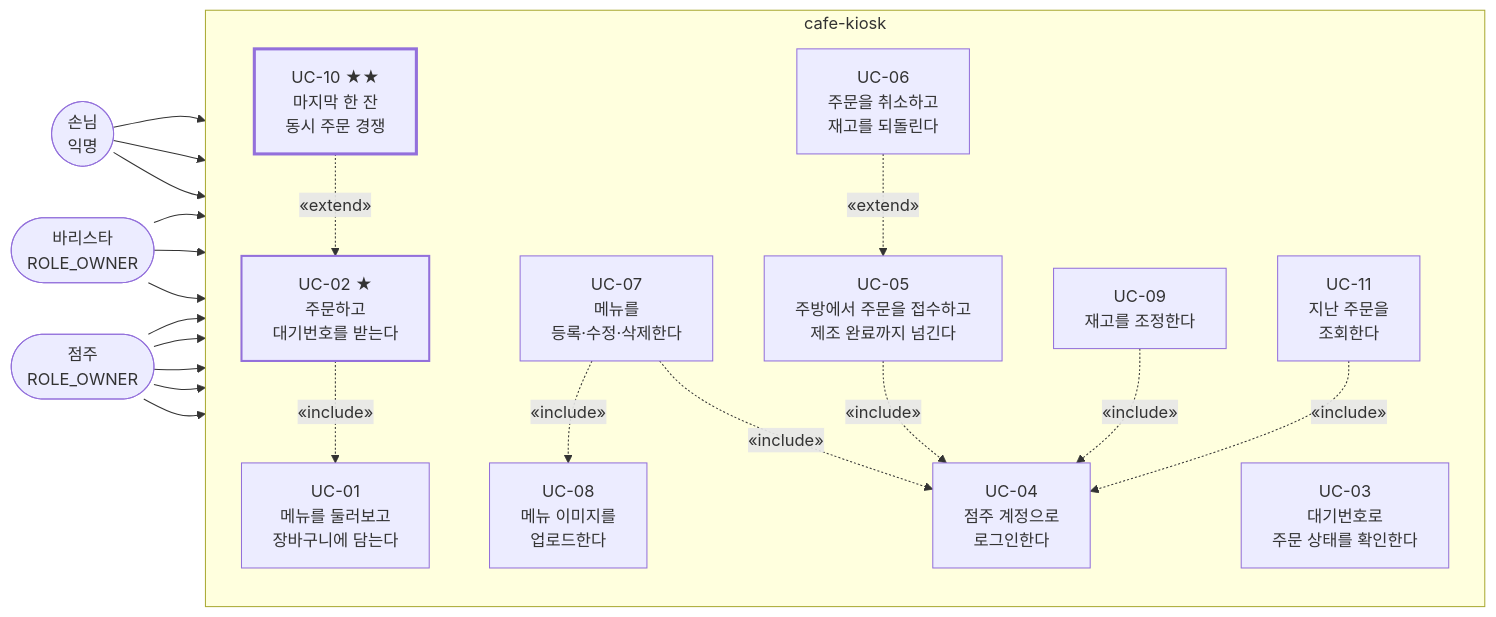
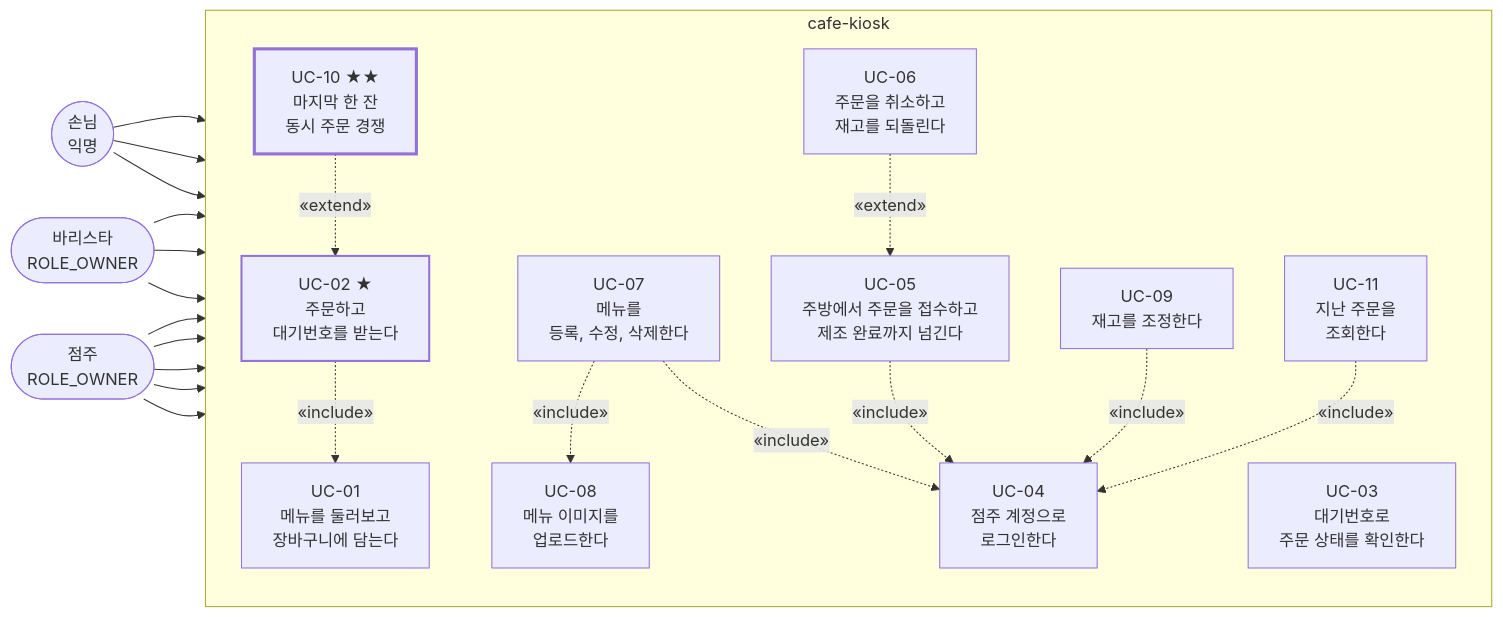
One commit to hhyukk/cafe-kiosk changed the first of 4 diagrams in docs/USECASES.md. Above: the diagram before and after it, drawn with Mermaid. The commit also changed other lines of this file and 12 other files, not shown here.

````diff
--- a/docs/USECASES.md
+++ b/docs/USECASES.md
@@ -63,49 +63,49 @@
 ```mermaid
 flowchart LR
     GUEST(["손님<br/>익명"])
     BARISTA(["바리스타<br/>ROLE_OWNER"])
     OWNER(["점주<br/>ROLE_OWNER"])
 
     subgraph SYS["cafe-kiosk"]
         direction TB
         UC01["UC-01<br/>메뉴를 둘러보고<br/>장바구니에 담는다"]
         UC02["UC-02 ★<br/>주문하고<br/>대기번호를 받는다"]
         UC03["UC-03<br/>대기번호로<br/>주문 상태를 확인한다"]
         UC10["UC-10 ★★<br/>마지막 한 잔<br/>동시 주문 경쟁"]
 
         UC04["UC-04<br/>점주 계정으로<br/>로그인한다"]
         UC05["UC-05<br/>주방에서 주문을 접수하고<br/>제조 완료까지 넘긴다"]
         UC06["UC-06<br/>주문을 취소하고<br/>재고를 되돌린다"]
 
-        UC07["UC-07<br/>메뉴를<br/>등록·수정·삭제한다"]
+        UC07["UC-07<br/>메뉴를<br/>등록, 수정, 삭제한다"]
         UC08["UC-08<br/>메뉴 이미지를<br/>업로드한다"]
         UC09["UC-09<br/>재고를 조정한다"]
         UC11["UC-11<br/>지난 주문을<br/>조회한다"]
     end
 
     GUEST --> UC01
     GUEST --> UC02
     GUEST --> UC03
 
     BARISTA --> UC04
     BARISTA --> UC05
     BARISTA --> UC06
 
     OWNER --> UC04
     OWNER --> UC07
     OWNER --> UC09
     OWNER --> UC11
     OWNER --> UC06
 
     UC02 -.->|"«include»"| UC01
     UC07 -.->|"«include»"| UC08
     UC05 -.->|"«include»"| UC04
     UC07 -.->|"«include»"| UC04
     UC09 -.->|"«include»"| UC04
     UC11 -.->|"«include»"| UC04
     UC10 -.->|"«extend»"| UC02
     UC06 -.->|"«extend»"| UC05
 
     style UC02 stroke-width:2px
     style UC10 stroke-width:3px
 ```
````
